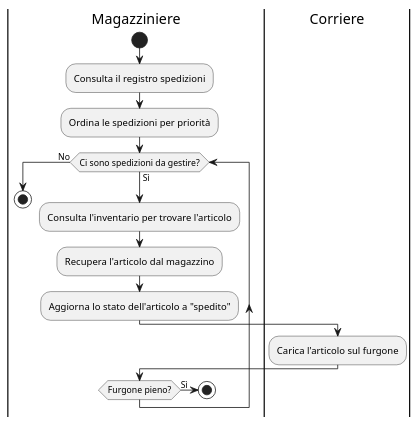
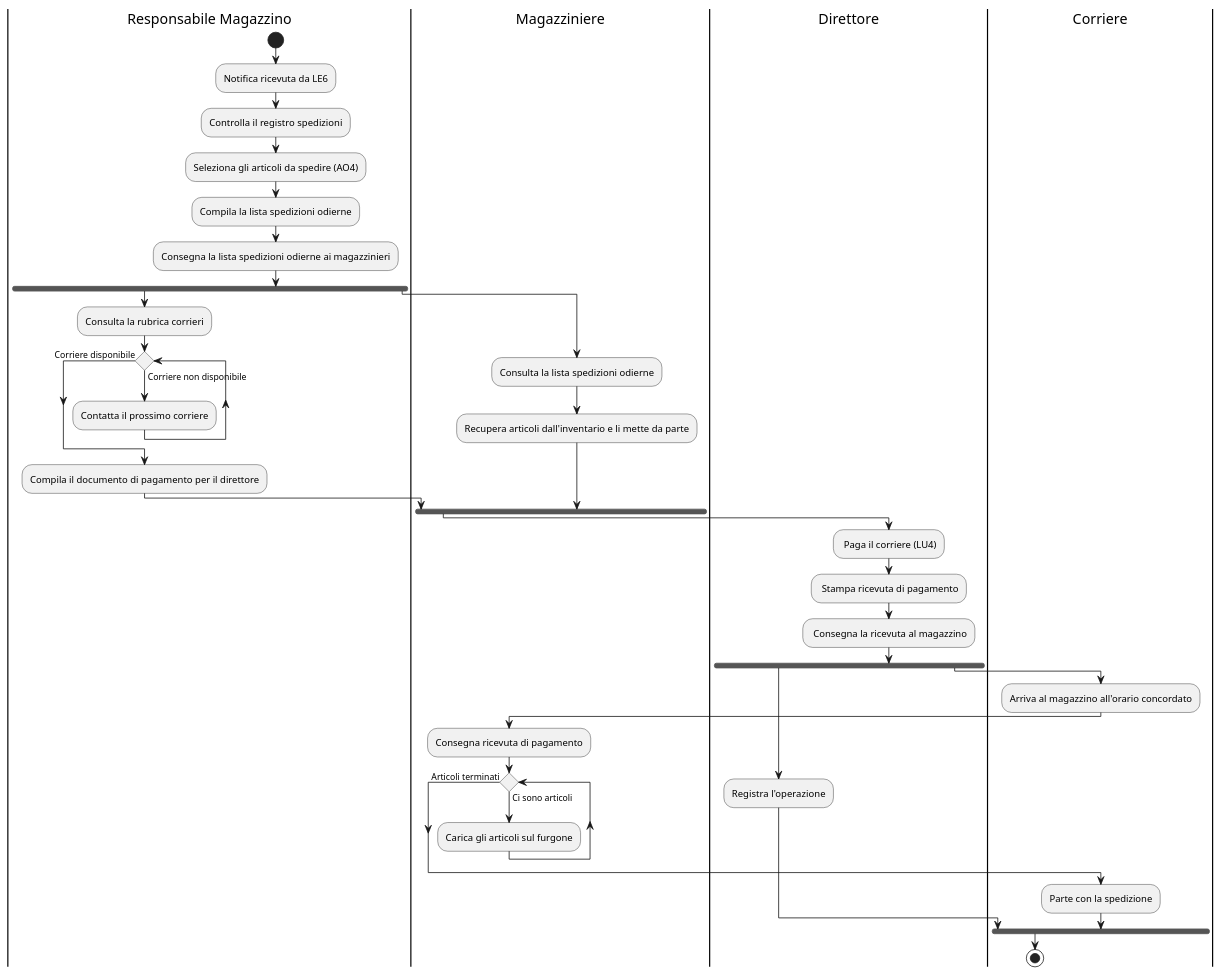
The diagram in umlDiagrams/AO1.puml (Zi0LEO/SistemiInformativi), drawn with PlantUML before and after one commit. The commit also changed 5 other files, not shown here.

```diff
--- a/umlDiagrams/AO1.puml
+++ b/umlDiagrams/AO1.puml
@@ -1,22 +1,44 @@
 @startuml
-|Magazziniere|
+
+|Responsabile Magazzino|
 start
-:Consulta il registro spedizioni;
-:Ordina le spedizioni per priorità;
+:Notifica ricevuta da LE6;
+:Controlla il registro spedizioni;
+:Seleziona gli articoli da spedire (AO4);
+:Compila la lista spedizioni odierne;
+:Consegna la lista spedizioni odierne ai magazzinieri;
 
-while (Ci sono spedizioni da gestire?) is (Sì)
-    :Consulta l'inventario per trovare l'articolo;
-    :Recupera l'articolo dal magazzino;
-    :Aggiorna lo stato dell'articolo a "spedito";
-    
-    |Corriere|
-    :Carica l'articolo sul furgone;
-    
-    |Magazziniere|
-    if (Furgone pieno?) then (Sì)
-        stop
-    endif
-endwhile (No)
+fork
+  :Consulta la rubrica corrieri;
+  while () is (Corriere non disponibile)
+    :Contatta il prossimo corriere;
+  endwhile(Corriere disponibile)
+  :Compila il documento di pagamento per il direttore;
+fork again
+  |Magazziniere|
+  :Consulta la lista spedizioni odierne;
+  :Recupera articoli dall'inventario e li mette da parte;
+end fork
 
+|Direttore|
+: Paga il corriere (LU4);
+: Stampa ricevuta di pagamento;
+: Consegna la ricevuta al magazzino;
+
+fork
+  |Direttore|
+  :Registra l'operazione;
+fork again
+  |Corriere|
+  :Arriva al magazzino all'orario concordato;
+  |Magazziniere|
+  :Consegna ricevuta di pagamento;
+  while () is (Ci sono articoli)
+    :Carica gli articoli sul furgone;
+  endwhile(Articoli terminati)
+  |Corriere|
+  :Parte con la spedizione;
+end fork
 stop
+
 @enduml
```
